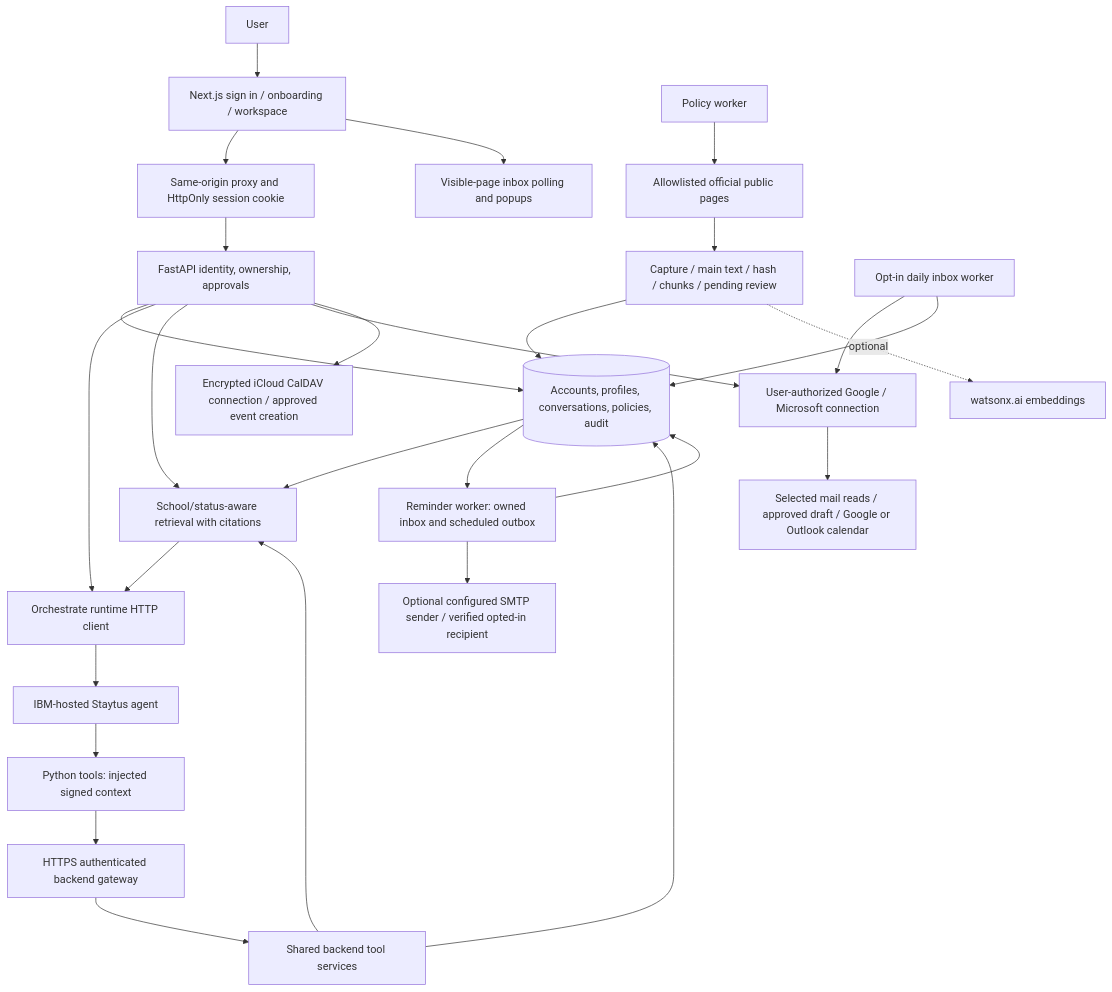
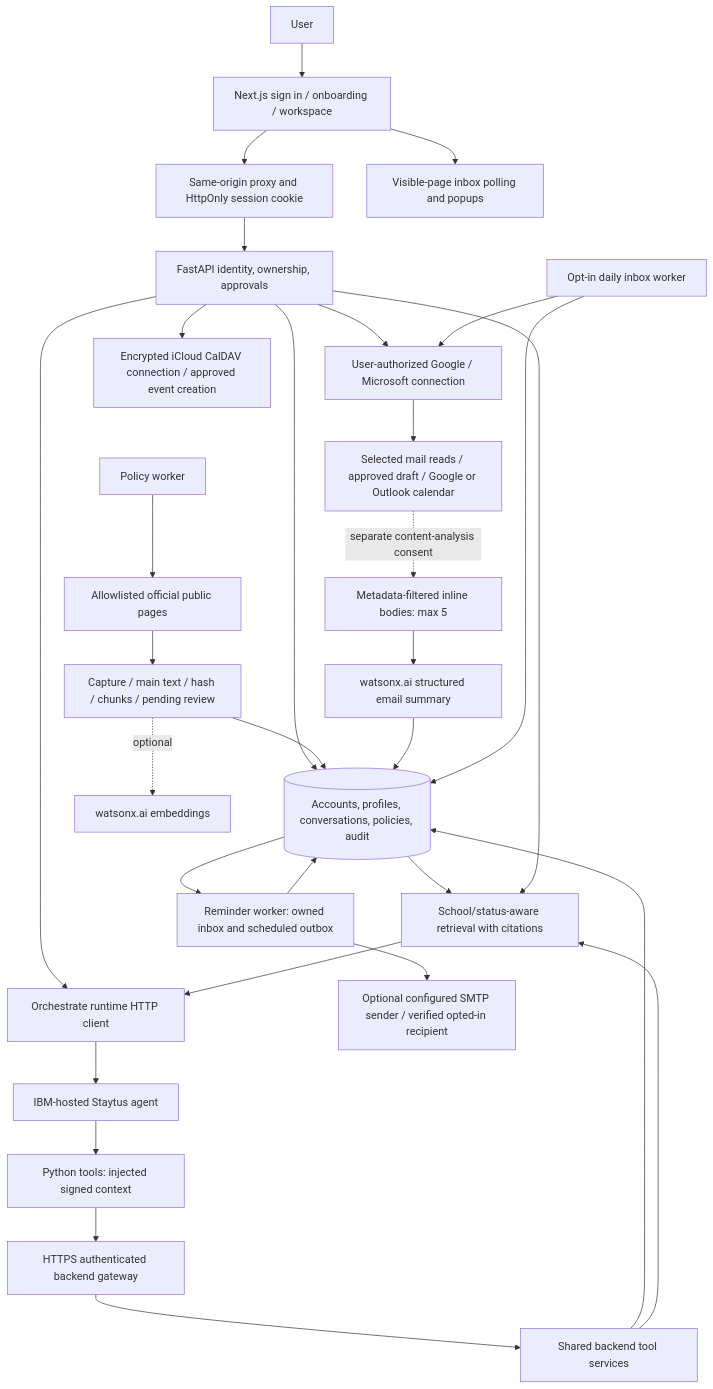
Before and after one commit to felixyuzhenyang/Staytus: the diagram in docs/ARCHITECTURE.md, drawn with Mermaid. The commit also changed other lines of this file and 36 other files, not shown here.

First line of the commit message:
Add email content summaries

````diff
--- a/docs/ARCHITECTURE.md
+++ b/docs/ARCHITECTURE.md
@@ -5,30 +5,33 @@
 ```mermaid
 flowchart TD
   U[User] --> UI[Next.js sign in / onboarding / workspace]
   UI --> BFF[Same-origin proxy and HttpOnly session cookie]
   BFF --> API[FastAPI identity, ownership, approvals]
   API --> DB[(Accounts, profiles, conversations, policies, audit)]
   API --> WX[Orchestrate runtime HTTP client]
   WX --> AG[IBM-hosted Staytus agent]
   AG --> PT[Python tools: injected signed context]
   PT --> GW[HTTPS authenticated backend gateway]
   GW --> S[Shared backend tool services]
   S --> DB
   W[Policy worker] --> SRC[Allowlisted official public pages]
   SRC --> CAP[Capture / main text / hash / chunks / pending review]
   CAP --> DB
   CAP -. optional .-> EMB[watsonx.ai embeddings]
   DB --> RET[School/status-aware retrieval with citations]
   API --> RET
   S --> RET
   RET --> WX
   API --> OAUTH[User-authorized Google / Microsoft connection]
   OAUTH --> MAIL[Selected mail reads / approved draft / Google or Outlook calendar]
+  MAIL -. separate content-analysis consent .-> MSA[Metadata-filtered inline bodies: max 5]
+  MSA --> WXAI[watsonx.ai structured email summary]
+  WXAI --> DB
   API --> IC[Encrypted iCloud CalDAV connection / approved event creation]
   MW[Opt-in daily inbox worker] --> OAUTH
   MW --> DB
   DB --> NW[Reminder worker: owned inbox and scheduled outbox]
   NW --> DB
   NW --> SMTP[Optional configured SMTP sender / verified opted-in recipient]
   UI --> INBOX[Visible-page inbox polling and popups]
 ```
````
